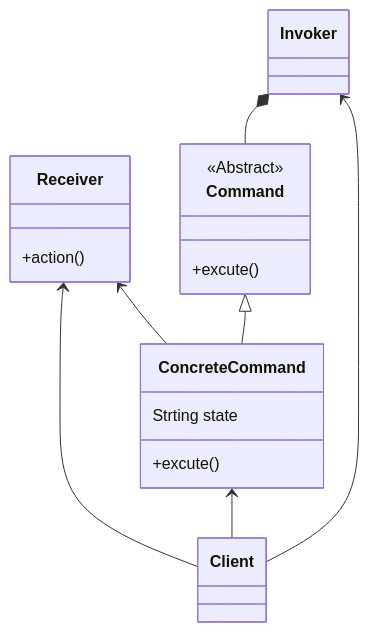
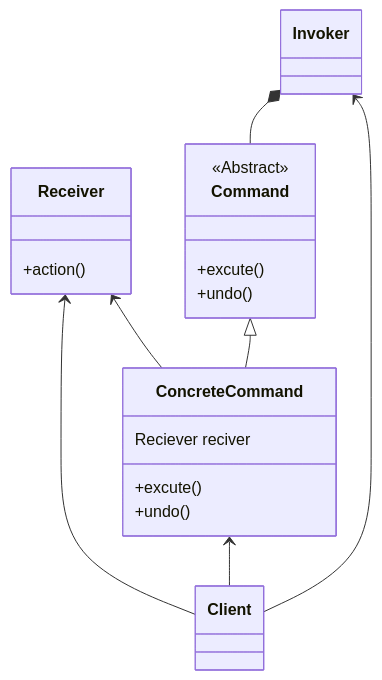
One commit to AhmedGharib0014/design_pattern_practice changed the diagram in design_pattern_practice/src/behavioral/command/readme.md. Above: the diagram before and after it, drawn with Mermaid. The commit also changed other lines of this file, not shown here.

````diff
--- a/design_pattern_practice/src/behavioral/command/readme.md
+++ b/design_pattern_practice/src/behavioral/command/readme.md
@@ -14,24 +20,26 @@
 ```mermaid
  classDiagram
     Receiver <-- Client
     ConcreteCommand <--Client
     Invoker <--Client
     Receiver <-- ConcreteCommand
     Invoker *-- Command
     Command <|-- ConcreteCommand
     
     class Command {
          <<Abstract>>
         +excute()
+        +undo()
     }
     
     class ConcreteCommand {
-        Strting state
+        Reciever reciver
         +excute()
+        +undo()
     } 
     
     class Receiver {
         +action()
     } 
     
 ```
````
